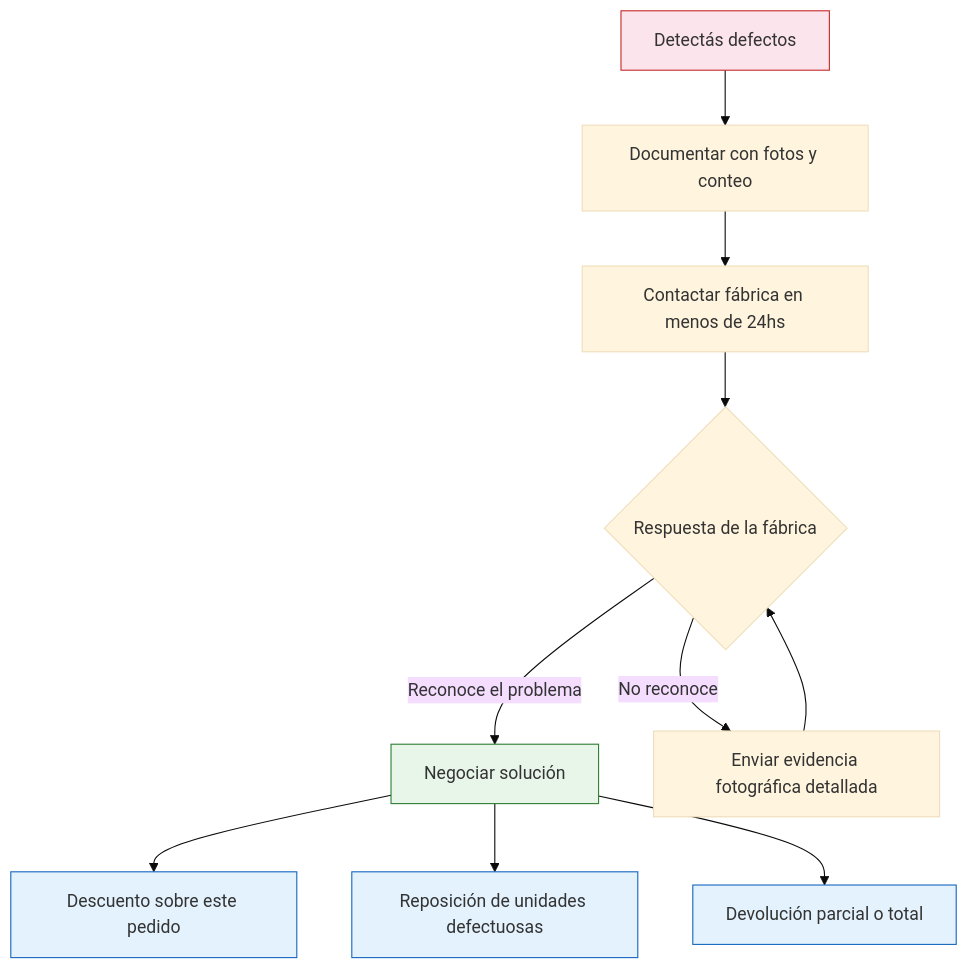
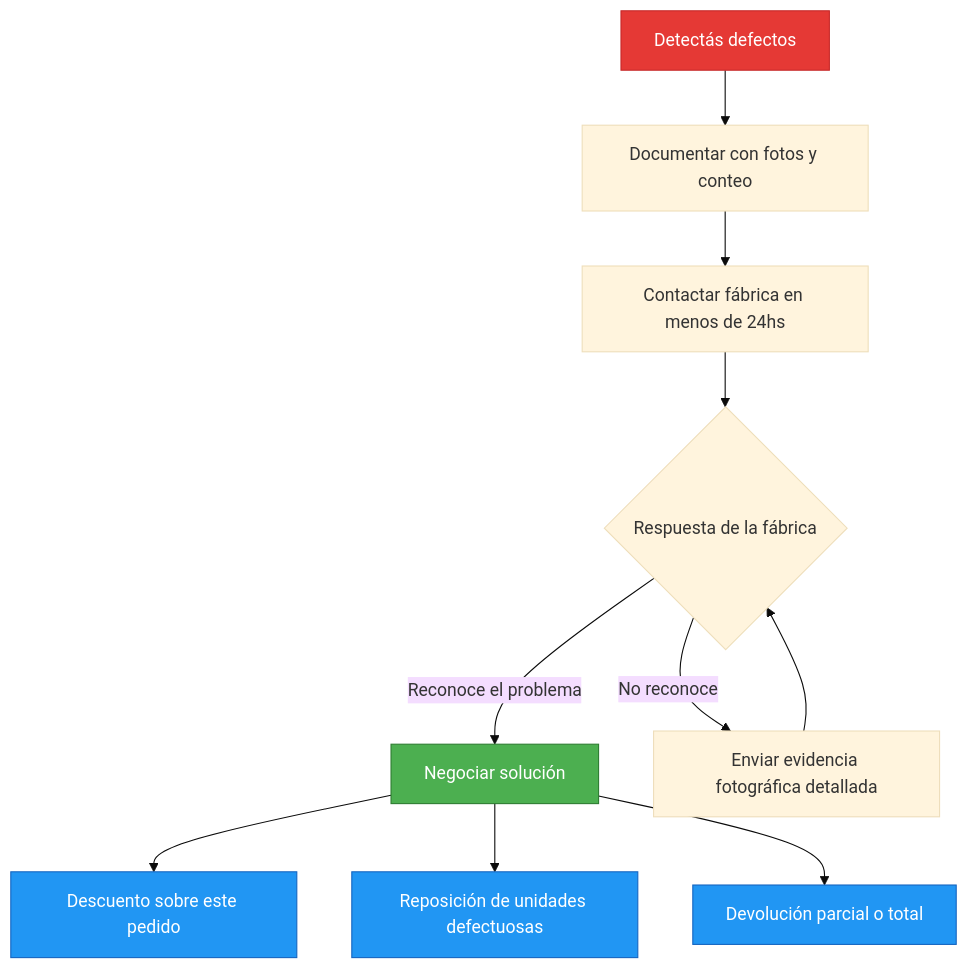
The diagram in app/paso1-argentina/evaluar-negociar/control-calidad-recepcion.mdx (barrosignacioezequiel-coder/docs), drawn with Mermaid (base theme) before and after one commit. The commit also changed 66 other files, not shown here.

First line of the commit message:
fix: resolve Mermaid v11 numbered list errors + improve contrast

````diff
--- a/app/paso1-argentina/evaluar-negociar/control-calidad-recepcion.mdx
+++ b/app/paso1-argentina/evaluar-negociar/control-calidad-recepcion.mdx
@@ -145,18 +145,18 @@
 ```mermaid
 graph TD
     A["Detectás defectos"] --> B["Documentar con fotos y conteo"]
     B --> C["Contactar fábrica en menos de 24hs"]
     C --> D{"Respuesta de la fábrica"}
     D -->|Reconoce el problema| E["Negociar solución"]
     D -->|No reconoce| F["Enviar evidencia fotográfica detallada"]
     F --> D
     E --> G["Descuento sobre este pedido"]
     E --> H["Reposición de unidades defectuosas"]
     E --> I["Devolución parcial o total"]
 
-    style A fill:#fce4ec,stroke:#c62828
-    style E fill:#e8f5e9,stroke:#2e7d32
-    style G fill:#e3f2fd,stroke:#1565c0
-    style H fill:#e3f2fd,stroke:#1565c0
-    style I fill:#e3f2fd,stroke:#1565c0
+    style A fill:#e53935,stroke:#c62828,color:#fff
+    style E fill:#4caf50,stroke:#2e7d32,color:#fff
+    style G fill:#2196f3,stroke:#1565c0,color:#fff
+    style H fill:#2196f3,stroke:#1565c0,color:#fff
+    style I fill:#2196f3,stroke:#1565c0,color:#fff
 ```
````
